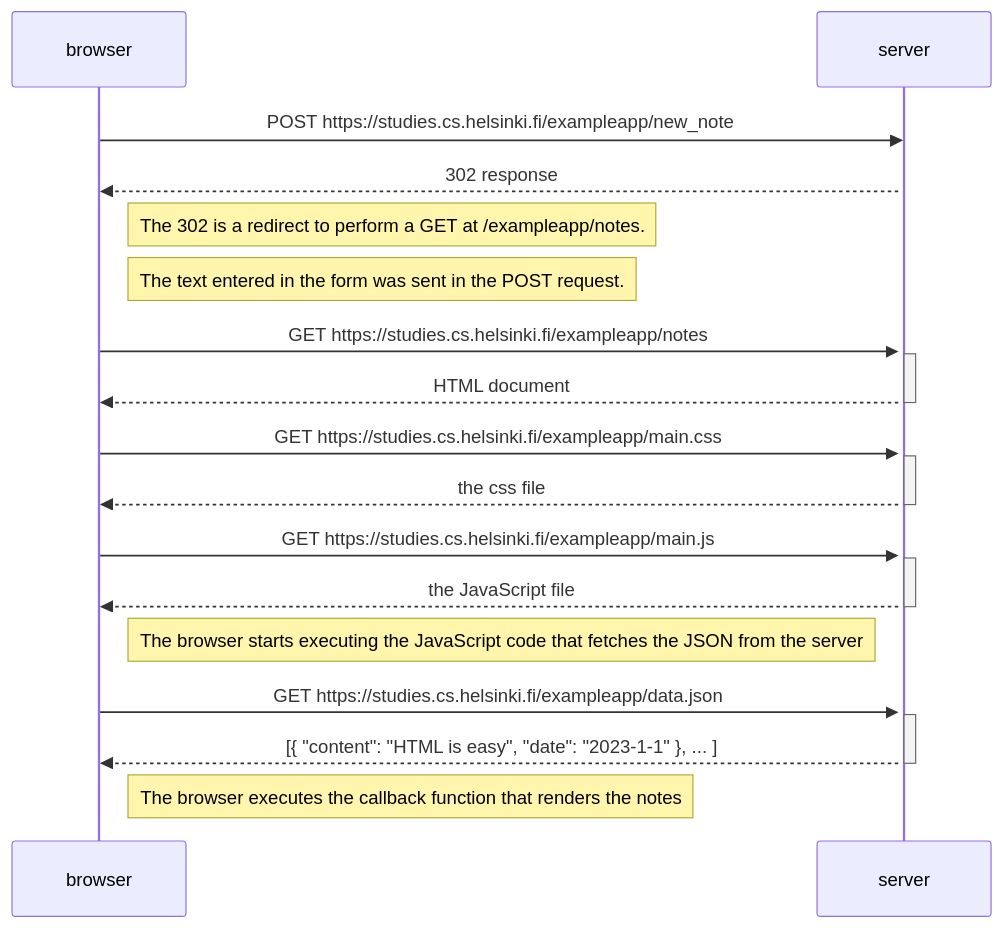
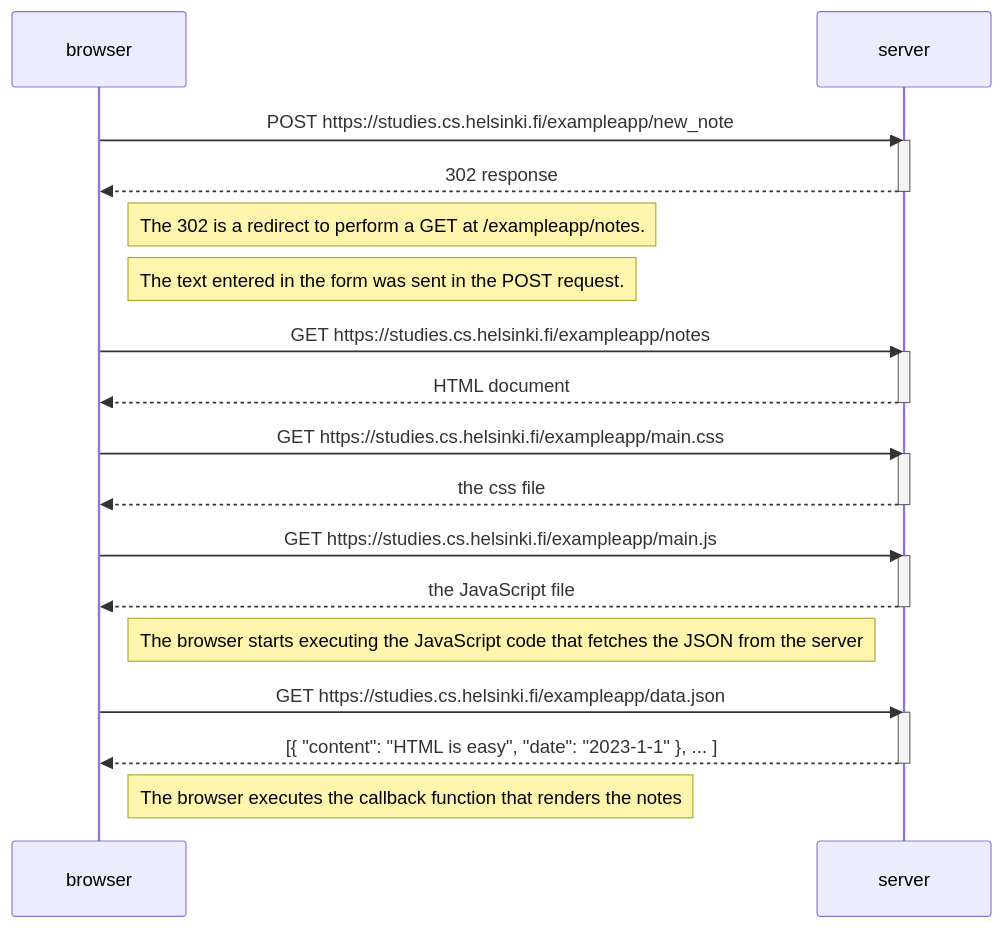
One commit to lederle/full_stack_open_part_0 changed the diagram in exercise_0.4/post_diagram.md. Above: the diagram before and after it, drawn with Mermaid.

Commit message:
Exercise 0.4 fix (#2)
* Example diagram using Mermaid

* add fenced code block for mermaid

* initial post diagram

* add dashed line for post

* add payload info to note

* break large line

* exclude example

* README.md with exercise text

Use <pre> tags to keep mermaid from processing
and rendering the code

* deactivate server

````diff
--- a/exercise_0.4/post_diagram.md
+++ b/exercise_0.4/post_diagram.md
@@ -1,36 +1,37 @@
 ```mermaid
 sequenceDiagram
   participant browser
   participant server
 
   browser->>server: POST https://studies.cs.helsinki.fi/exampleapp/new_note
   activate server
   server-->>browser: 302 response
+  deactivate server
 
   Note right of browser: The 302 is a redirect to perform a GET at /exampleapp/notes.
   Note right of browser: The text entered in the form was sent in the POST request.
 
   browser->>server: GET https://studies.cs.helsinki.fi/exampleapp/notes
   activate server
   server-->>browser: HTML document
   deactivate server
 
   browser->>server: GET https://studies.cs.helsinki.fi/exampleapp/main.css
   activate server
   server-->>browser: the css file
   deactivate server
 
   browser->>server: GET https://studies.cs.helsinki.fi/exampleapp/main.js
   activate server
   server-->>browser: the JavaScript file
   deactivate server
 
   Note right of browser: The browser starts executing the JavaScript code that fetches the JSON from the server
 
   browser->>server: GET https://studies.cs.helsinki.fi/exampleapp/data.json
   activate server
   server-->>browser: [{ "content": "HTML is easy", "date": "2023-1-1" }, ... ]
   deactivate server
 
   Note right of browser: The browser executes the callback function that renders the notes
   ```
````
